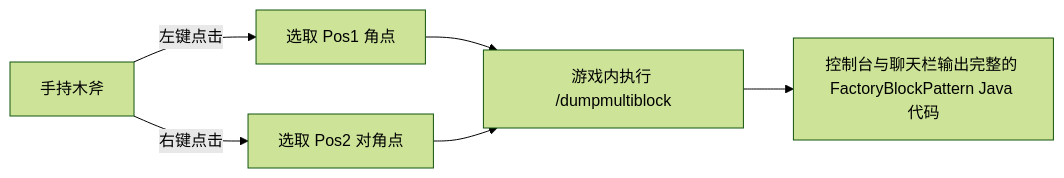
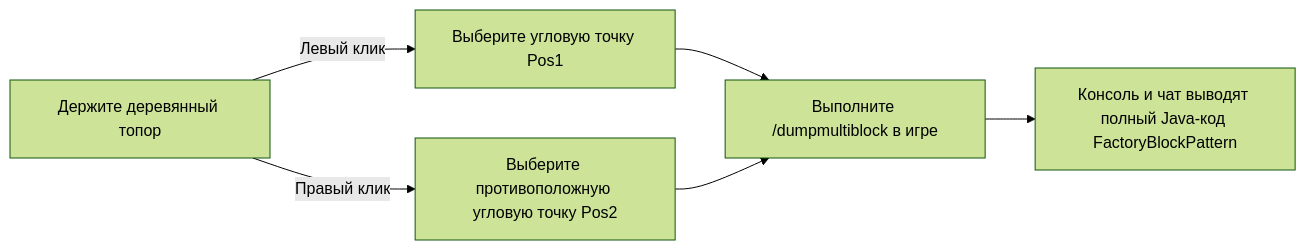
One commit to takanashisatou/GregtechEasy-Docs changed the diagram in docs/ru/kubejs/tools-and-utilities.md. Above: the diagram before and after it, drawn with Mermaid (forest theme). The commit also changed other lines of this file and 99 other files, not shown here.

````diff
--- a/docs/ru/kubejs/tools-and-utilities.md
+++ b/docs/ru/kubejs/tools-and-utilities.md
@@ -13,7 +13,7 @@
 ```mermaid
 graph LR
-    A[手持木斧] -->|左键点击| B[选取 Pos1 角点]
-    A -->|右键点击| C[选取 Pos2 对角点]
-    B & C --> D[游戏内执行 /dumpmultiblock]
-    D --> E[控制台与聊天栏输出完整的 FactoryBlockPattern Java 代码]
+    A[Держите деревянный топор] -->|Левый клик| B[Выберите угловую точку Pos1]
+    A -->|Правый клик| C[Выберите противоположную угловую точку Pos2]
+    B & C --> D[Выполните /dumpmultiblock в игре]
+    D --> E[Консоль и чат выводят полный Java-код FactoryBlockPattern]
 ```
````
